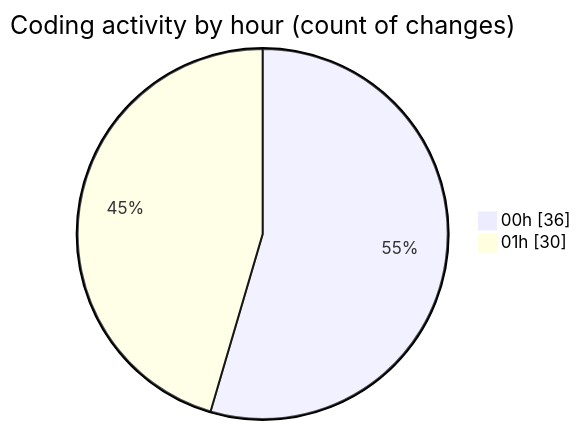
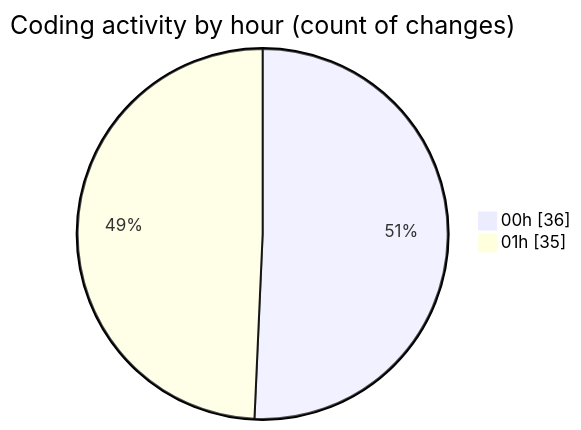
Before and after one commit to Ritupan-Deka/code-tracking: the second of 2 diagrams in 2025-05-04/houserentalservice/README.md, drawn with Mermaid. The commit also changed other lines of this file and 1 other file, not shown here.

````diff
--- a/2025-05-04/houserentalservice/README.md
+++ b/2025-05-04/houserentalservice/README.md
@@ -63,6 +63,6 @@
 ```mermaid
 pie showData
 title Coding activity by hour (count of changes)
 "00h" : 36
-"01h" : 30
+"01h" : 35
 ```
````
